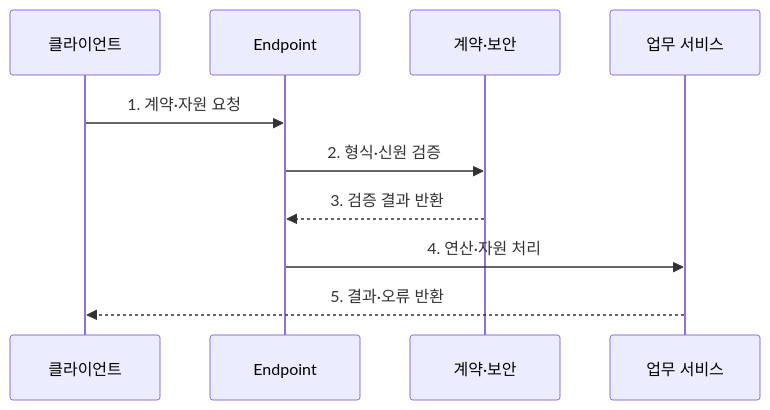
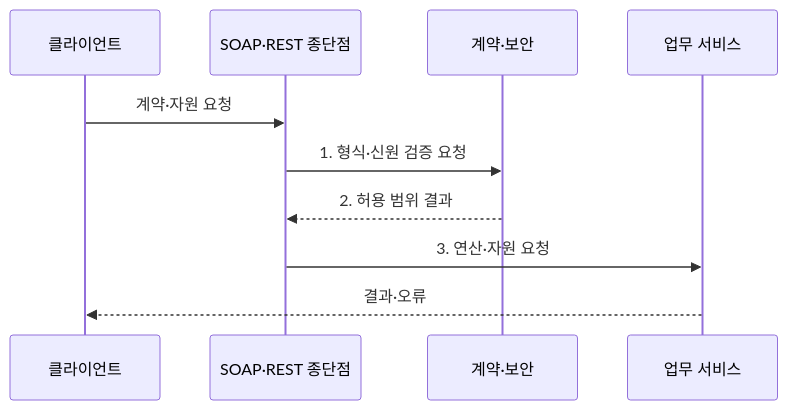
Before and after one commit to agnusdei1207/knowledge-base: the second of 2 diagrams in src/content/docs/notes/03-software/170_soap_vs_rest.md, drawn with Mermaid. The commit also changed other lines of this file and 20 other files, not shown here.

````diff
--- a/src/content/docs/notes/03-software/170_soap_vs_rest.md
+++ b/src/content/docs/notes/03-software/170_soap_vs_rest.md
@@ -85,12 +89,12 @@
 ```mermaid
 sequenceDiagram
     participant C as 클라이언트
-    participant E as Endpoint
+    participant E as SOAP·REST 종단점
     participant V as 계약·보안
     participant B as 업무 서비스
-    C->>E: 1. 계약·자원 요청
-    E->>V: 2. 형식·신원 검증
-    V-->>E: 3. 검증 결과 반환
-    E->>B: 4. 연산·자원 처리
-    B-->>C: 5. 결과·오류 반환
+    C->>E: 계약·자원 요청
+    E->>V: 1. 형식·신원 검증 요청
+    V-->>E: 2. 허용 범위 결과
+    E->>B: 3. 연산·자원 요청
+    B-->>C: 결과·오류
 ```
````
